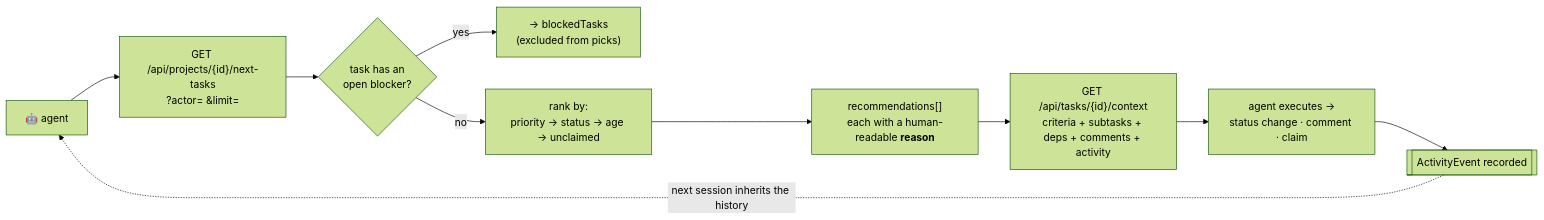
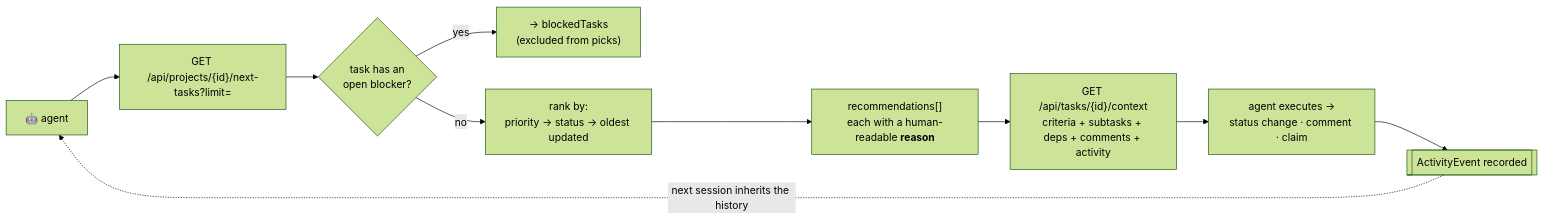
The third of 5 diagrams in README.md (joelfuller2016/KanbanFlow-v2), drawn with Mermaid (forest theme) before and after one commit. The commit also changed other lines of this file, not shown here.

````diff
--- a/README.md
+++ b/README.md
@@ -161,12 +161,12 @@
 ```mermaid
 flowchart LR
-    A["🤖 agent"] --> N["GET /api/projects/{id}/next-tasks<br/>?actor= &amp;limit="]
+    A["🤖 agent"] --> N["GET /api/projects/{id}/next-tasks?limit="]
     N --> CHK{"task has an<br/>open blocker?"}
     CHK -- yes --> BLK["→ blockedTasks<br/>(excluded from picks)"]
-    CHK -- no --> RANK["rank by:<br/>priority → status → age → unclaimed"]
+    CHK -- no --> RANK["rank by:<br/>priority → status → oldest updated"]
     RANK --> REC["recommendations[]<br/>each with a human-readable <b>reason</b>"]
     REC --> SC["GET /api/tasks/{id}/context<br/>criteria + subtasks + deps + comments + activity"]
     SC --> ACT["agent executes →<br/>status change · comment · claim"]
     ACT --> AUD[["ActivityEvent recorded"]]
     AUD -. "next session inherits the history" .-> A
 ```
````
